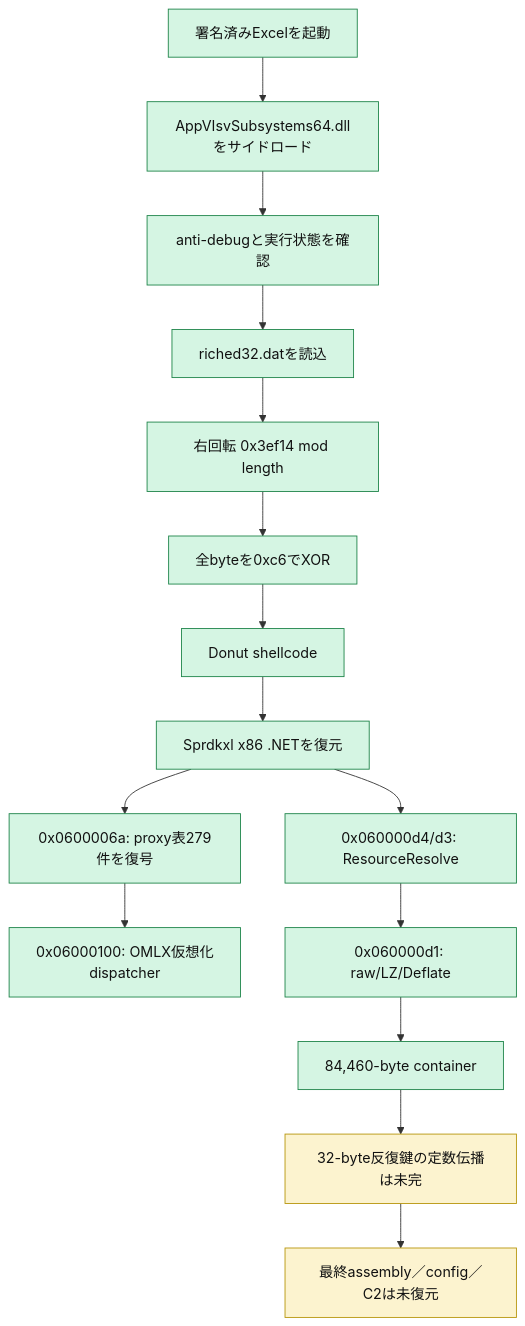
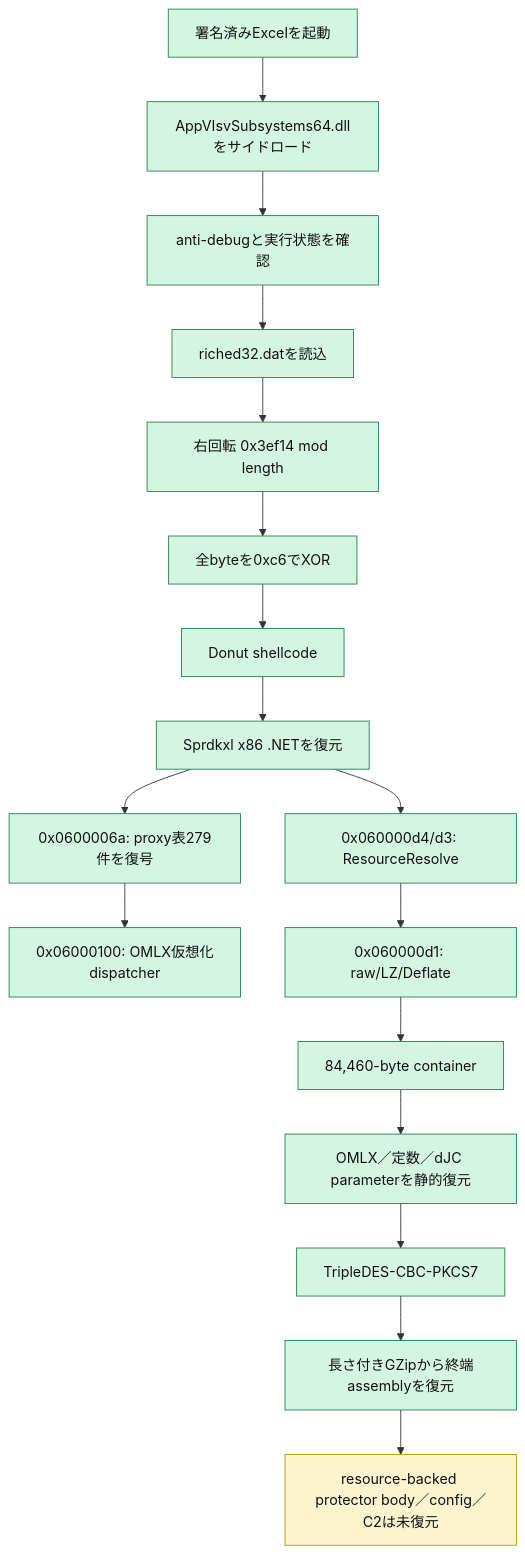
The first of 3 diagrams in analysis-results/malware/purehvnc/versions/unknown/cases/a4a0b87c94132e0433ae48e2151f31e8cdb02113cd0f3aa81a903adc854a64d9/OVERALL-LOGIC.md (proshiba/AI-security-analysis), drawn with Mermaid before and after one commit. The commit also changed other lines of this file and 153 other files, not shown here.

````diff
--- a/analysis-results/malware/purehvnc/versions/unknown/cases/a4a0b87c94132e0433ae48e2151f31e8cdb02113cd0f3aa81a903adc854a64d9/OVERALL-LOGIC.md
+++ b/analysis-results/malware/purehvnc/versions/unknown/cases/a4a0b87c94132e0433ae48e2151f31e8cdb02113cd0f3aa81a903adc854a64d9/OVERALL-LOGIC.md
@@ -7,21 +7,23 @@
 ```mermaid
 flowchart TD
     A["署名済みExcelを起動"] --> B["AppVIsvSubsystems64.dllをサイドロード"]
     B --> C["anti-debugと実行状態を確認"]
     C --> D["riched32.datを読込"]
     D --> E["右回転 0x3ef14 mod length"]
     E --> F["全byteを0xc6でXOR"]
     F --> G["Donut shellcode"]
     G --> H["Sprdkxl x86 .NETを復元"]
     H --> P["0x0600006a: proxy表279件を復号"]
     P --> V["0x06000100: OMLX仮想化dispatcher"]
     H --> R["0x060000d4/d3: ResourceResolve"]
     R --> U["0x060000d1: raw/LZ/Deflate"]
     U --> K["84,460-byte container"]
-    K --> Q["32-byte反復鍵の定数伝播は未完"]
-    Q --> Z["最終assembly／config／C2は未復元"]
+    K --> Q["OMLX／定数／dJC parameterを静的復元"]
+    Q --> T["TripleDES-CBC-PKCS7"]
+    T --> Y["長さ付きGZipから終端assemblyを復元"]
+    Y --> Z["resource-backed protector body／config／C2は未復元"]
     classDef confirmed fill:#d5f5e3,stroke:#1e8449,color:#111;
     classDef unresolved fill:#fcf3cf,stroke:#b7950b,color:#111;
-    class A,B,C,D,E,F,G,H,P,V,R,U,K confirmed;
-    class Q,Z unresolved;
+    class A,B,C,D,E,F,G,H,P,V,R,U,K,Q,T,Y confirmed;
+    class Z unresolved;
 ```
````
